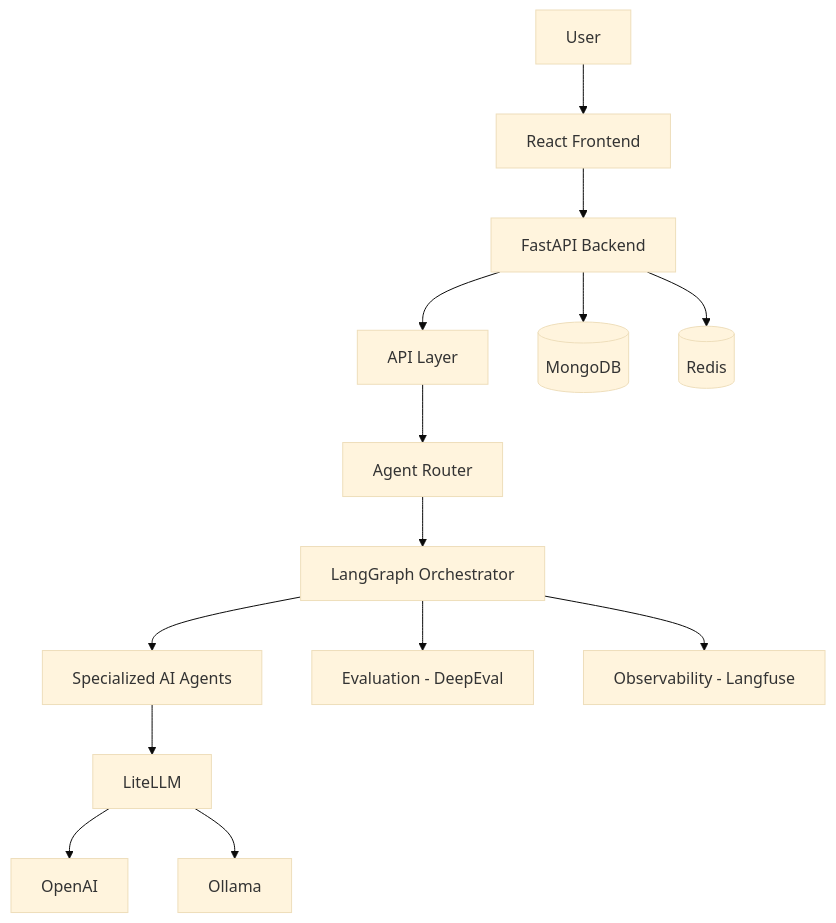
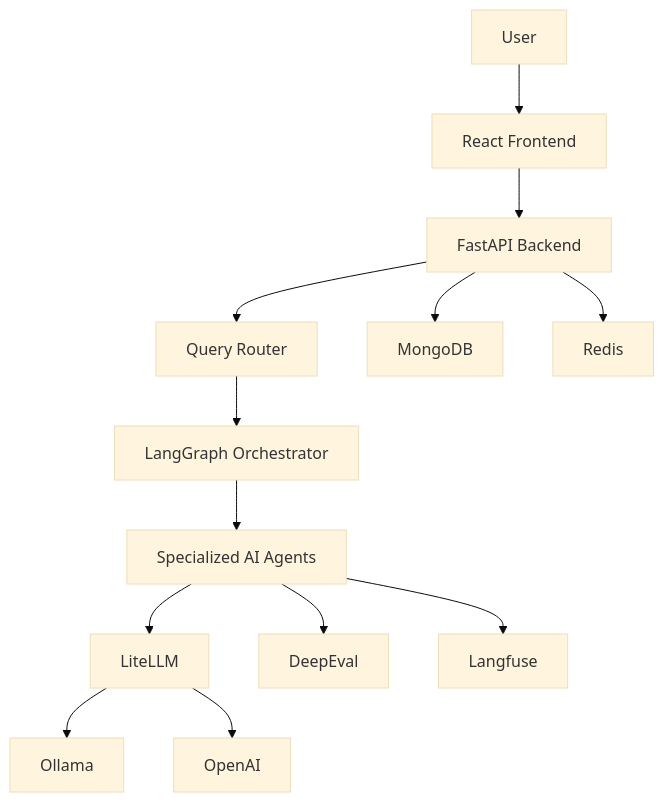
The diagram in README.md (Pooesh/intelligent-agent-platform), drawn with Mermaid (base theme) before and after one commit. The commit also changed other lines of this file and 8 other files, not shown here.

Commit message:
feat: add LiteLLM integration with Ollama

````diff
--- a/README.md
+++ b/README.md
@@ -40,17 +34,15 @@
 ```mermaid
 flowchart TD
     A[User] --> B[React Frontend]
     B --> C[FastAPI Backend]
-    C --> D[API Layer]
-    D --> E[Agent Router]
-    E --> F[LangGraph Orchestrator]
-    F --> G[Specialized AI Agents]
-    G --> H[LiteLLM]
-    H --> I[OpenAI]
-    H --> J[Ollama]
-
-    F --> K[Evaluation - DeepEval]
-    F --> L[Observability - Langfuse]
-    C --> M[(MongoDB)]
-    C --> N[(Redis)]
+    C --> D[Query Router]
+    D --> E[LangGraph Orchestrator]
+    E --> F[Specialized AI Agents]
+    F --> G[LiteLLM]
+    G --> H[Ollama]
+    G --> I[OpenAI]
+    F --> J[DeepEval]
+    F --> K[Langfuse]
+    C --> L[MongoDB]
+    C --> M[Redis]
 ```
````
